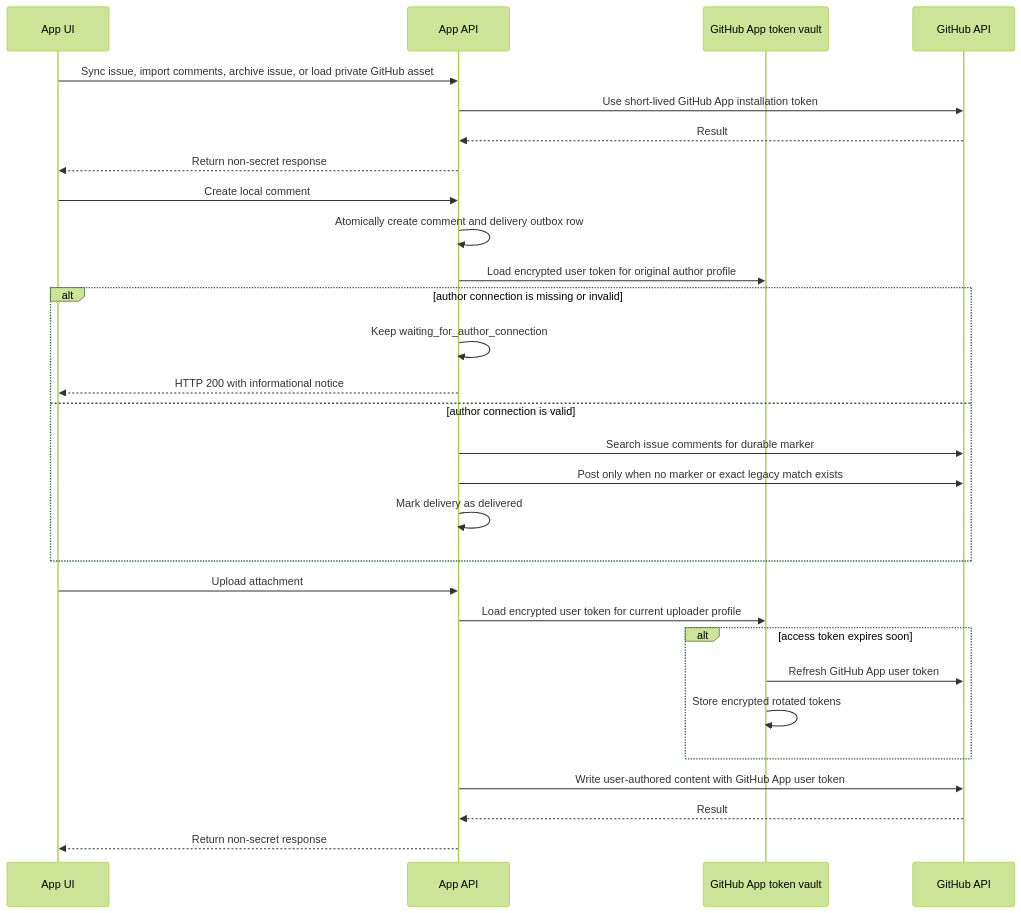
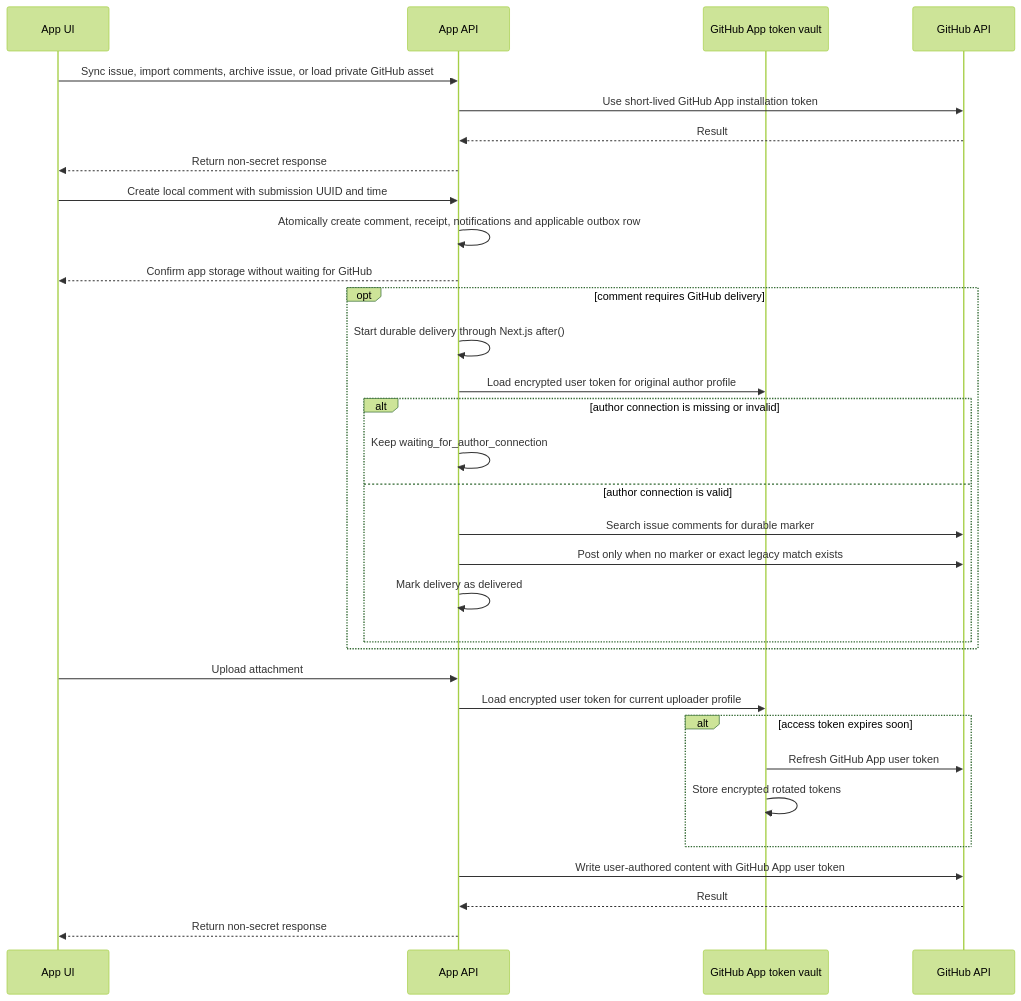
Before and after one commit to findmydoc-platform/founder-scoreboard-v2: the fifth of 5 diagrams in docs/auth-flow.md, drawn with Mermaid (forest theme). The commit also changed other lines of this file and 48 other files, not shown here.

````diff
--- a/docs/auth-flow.md
+++ b/docs/auth-flow.md
@@ -109,34 +109,37 @@
 ```mermaid
 sequenceDiagram
   participant UI as App UI
   participant API as App API
   participant VAULT as GitHub App token vault
   participant GH as GitHub API
 
   UI->>API: Sync issue, import comments, archive issue, or load private GitHub asset
   API->>GH: Use short-lived GitHub App installation token
   GH-->>API: Result
   API-->>UI: Return non-secret response
 
-  UI->>API: Create local comment
-  API->>API: Atomically create comment and delivery outbox row
-  API->>VAULT: Load encrypted user token for original author profile
-  alt author connection is missing or invalid
-    API->>API: Keep waiting_for_author_connection
-    API-->>UI: HTTP 200 with informational notice
-  else author connection is valid
-    API->>GH: Search issue comments for durable marker
-    API->>GH: Post only when no marker or exact legacy match exists
-    API->>API: Mark delivery as delivered
+  UI->>API: Create local comment with submission UUID and time
+  API->>API: Atomically create comment, receipt, notifications and applicable outbox row
+  API-->>UI: Confirm app storage without waiting for GitHub
+  opt comment requires GitHub delivery
+    API->>API: Start durable delivery through Next.js after()
+    API->>VAULT: Load encrypted user token for original author profile
+    alt author connection is missing or invalid
+      API->>API: Keep waiting_for_author_connection
+    else author connection is valid
+      API->>GH: Search issue comments for durable marker
+      API->>GH: Post only when no marker or exact legacy match exists
+      API->>API: Mark delivery as delivered
+    end
   end
 
   UI->>API: Upload attachment
   API->>VAULT: Load encrypted user token for current uploader profile
   alt access token expires soon
     VAULT->>GH: Refresh GitHub App user token
     VAULT->>VAULT: Store encrypted rotated tokens
   end
   API->>GH: Write user-authored content with GitHub App user token
   GH-->>API: Result
   API-->>UI: Return non-secret response
 ```
````
